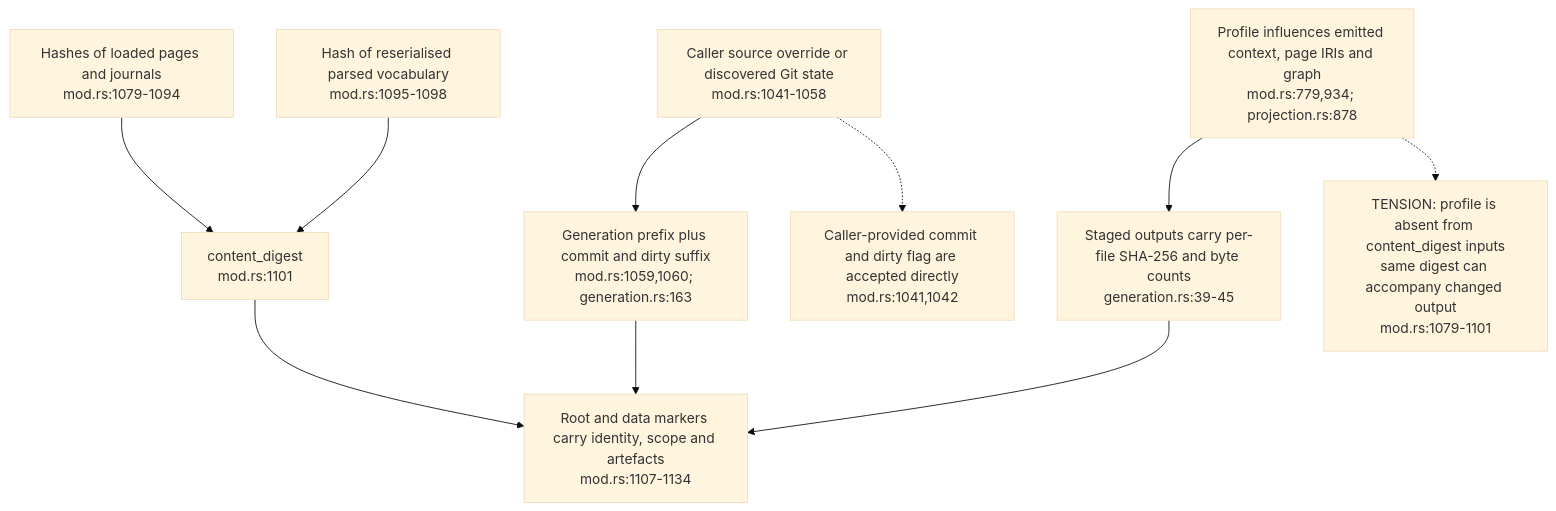
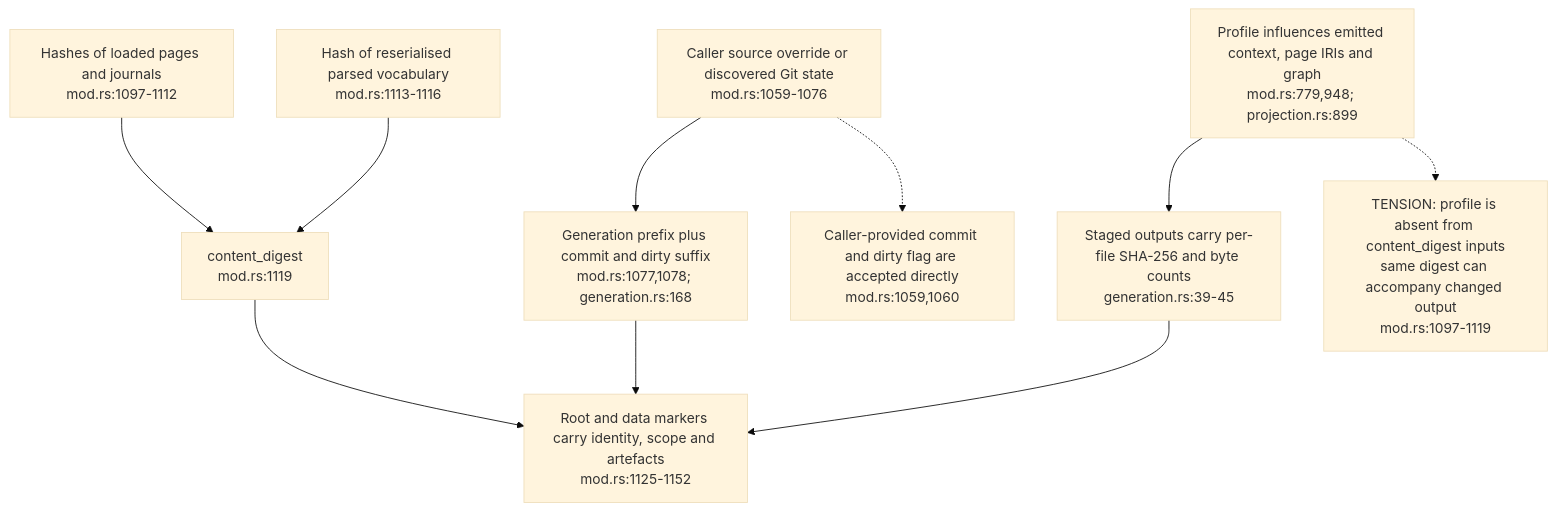
Before and after one commit to DreamLab-AI/VisionFlow: the third of 3 diagrams in docs/diagrams/ontomark/11-machine-bundle-identity-and-disclosure.md, drawn with Mermaid (base theme). The commit also changed other lines of this file and 70 other files, not shown here.

First line of the commit message:
docs(diagrams): re-verify 69 topics at current default-branch heads

````diff
--- a/docs/diagrams/ontomark/11-machine-bundle-identity-and-disclosure.md
+++ b/docs/diagrams/ontomark/11-machine-bundle-identity-and-disclosure.md
@@ -65,12 +65,12 @@
 ```mermaid
 flowchart TD
-    SOURCE["Caller source override or discovered Git state<br/>mod.rs:1041-1058"] --> ID["Generation prefix plus commit and dirty suffix<br/>mod.rs:1059,1060; generation.rs:163"]
-    PAGES["Hashes of loaded pages and journals<br/>mod.rs:1079-1094"] --> CONTENT["content_digest<br/>mod.rs:1101"]
-    VOCAB["Hash of reserialised parsed vocabulary<br/>mod.rs:1095-1098"] --> CONTENT
-    PROFILE["Profile influences emitted context, page IRIs and graph<br/>mod.rs:779,934; projection.rs:878"] --> OUTPUT["Staged outputs carry per-file SHA-256 and byte counts<br/>generation.rs:39-45"]
-    PROFILE -.-> MISS["TENSION: profile is absent from content_digest inputs<br/>same digest can accompany changed output<br/>mod.rs:1079-1101"]
-    ID --> MARK["Root and data markers carry identity, scope and artefacts<br/>mod.rs:1107-1134"]
+    SOURCE["Caller source override or discovered Git state<br/>mod.rs:1059-1076"] --> ID["Generation prefix plus commit and dirty suffix<br/>mod.rs:1077,1078; generation.rs:168"]
+    PAGES["Hashes of loaded pages and journals<br/>mod.rs:1097-1112"] --> CONTENT["content_digest<br/>mod.rs:1119"]
+    VOCAB["Hash of reserialised parsed vocabulary<br/>mod.rs:1113-1116"] --> CONTENT
+    PROFILE["Profile influences emitted context, page IRIs and graph<br/>mod.rs:779,948; projection.rs:899"] --> OUTPUT["Staged outputs carry per-file SHA-256 and byte counts<br/>generation.rs:39-45"]
+    PROFILE -.-> MISS["TENSION: profile is absent from content_digest inputs<br/>same digest can accompany changed output<br/>mod.rs:1097-1119"]
+    ID --> MARK["Root and data markers carry identity, scope and artefacts<br/>mod.rs:1125-1152"]
     CONTENT --> MARK
     OUTPUT --> MARK
-    SOURCE -.-> TRUST["Caller-provided commit and dirty flag are accepted directly<br/>mod.rs:1041,1042"]
+    SOURCE -.-> TRUST["Caller-provided commit and dirty flag are accepted directly<br/>mod.rs:1059,1060"]
 ```
````
